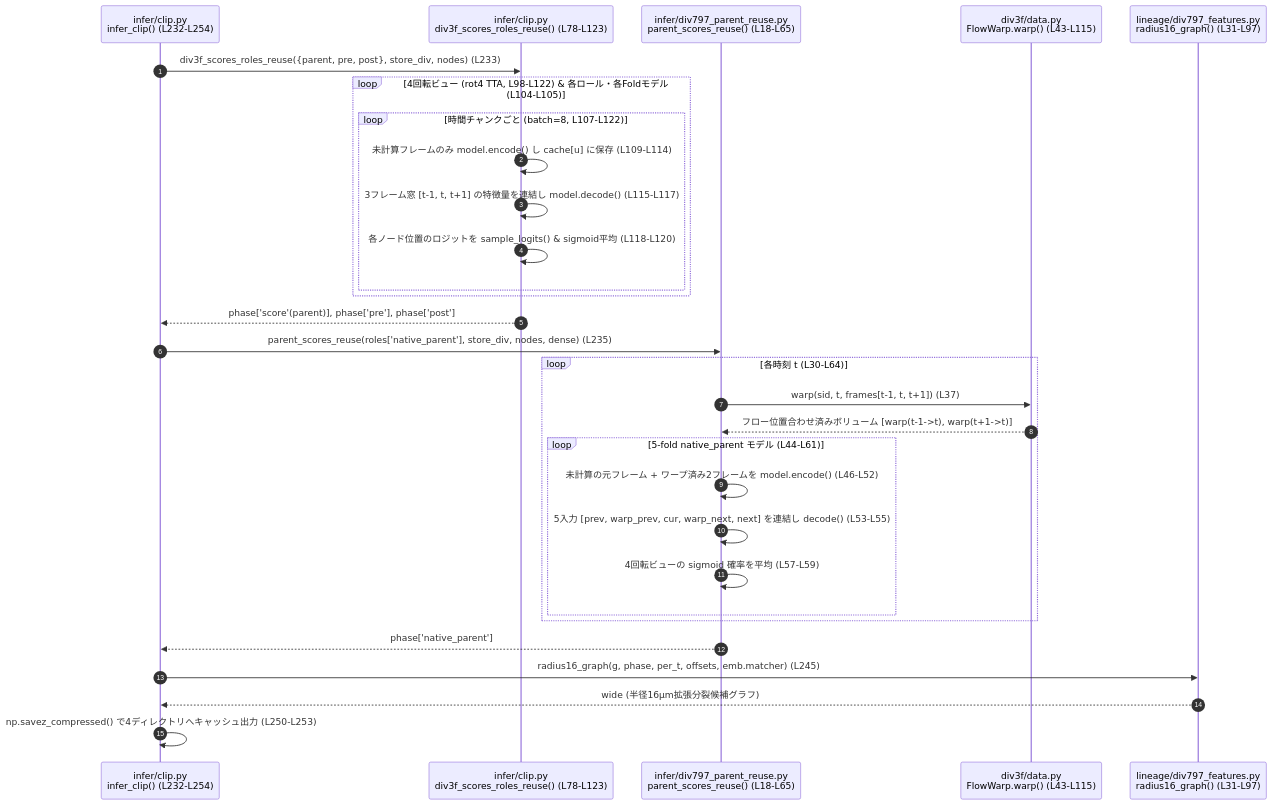
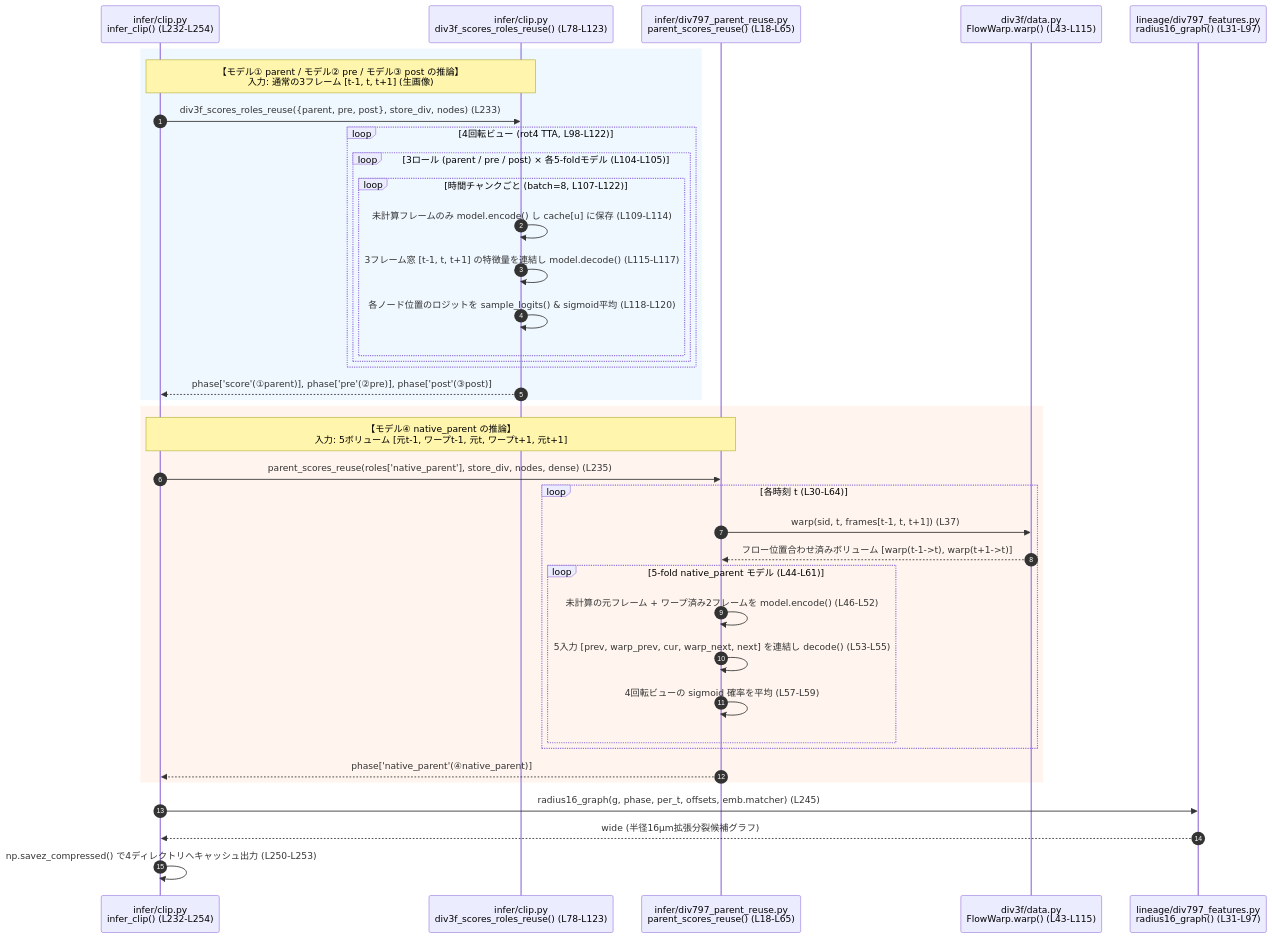
Before and after one commit to kito2718/kgle_001_BCT_Episode: the seventh of 10 diagrams in episode/Summary&Conclusion/3rd-place-summary.md, drawn with Mermaid. The commit also changed other lines of this file, not shown here.

Commit message:
Stage3作成中

````diff
--- a/episode/Summary&Conclusion/3rd-place-summary.md
+++ b/episode/Summary&Conclusion/3rd-place-summary.md
@@ -485,35 +487,43 @@
 ```mermaid
 sequenceDiagram
     autonumber
     participant Clip as infer/clip.py<br/>infer_clip() (L232-L254)
     participant Div3f as infer/clip.py<br/>div3f_scores_roles_reuse() (L78-L123)
     participant NatPar as infer/div797_parent_reuse.py<br/>parent_scores_reuse() (L18-L65)
     participant Warp as div3f/data.py<br/>FlowWarp.warp() (L43-L115)
     participant R16 as lineage/div797_features.py<br/>radius16_graph() (L31-L97)
 
+    rect rgb(240, 248, 255)
+    Note over Clip,Div3f: 【モデル① parent / モデル② pre / モデル③ post の推論】<br/>入力: 通常の3フレーム [t-1, t, t+1] (生画像)
     Clip->>Div3f: div3f_scores_roles_reuse({parent, pre, post}, store_div, nodes) (L233)
-    loop 4回転ビュー (rot4 TTA, L98-L122) & 各ロール・各Foldモデル (L104-L105)
-        loop 時間チャンクごと (batch=8, L107-L122)
-            Div3f->>Div3f: 未計算フレームのみ model.encode() し cache[u] に保存 (L109-L114)
-            Div3f->>Div3f: 3フレーム窓 [t-1, t, t+1] の特徴量を連結し model.decode() (L115-L117)
-            Div3f->>Div3f: 各ノード位置のロジットを sample_logits() & sigmoid平均 (L118-L120)
+    loop 4回転ビュー (rot4 TTA, L98-L122)
+        loop 3ロール (parent / pre / post) × 各5-foldモデル (L104-L105)
+            loop 時間チャンクごと (batch=8, L107-L122)
+                Div3f->>Div3f: 未計算フレームのみ model.encode() し cache[u] に保存 (L109-L114)
+                Div3f->>Div3f: 3フレーム窓 [t-1, t, t+1] の特徴量を連結し model.decode() (L115-L117)
+                Div3f->>Div3f: 各ノード位置のロジットを sample_logits() & sigmoid平均 (L118-L120)
+            end
         end
     end
-    Div3f-->>Clip: phase['score'(parent)], phase['pre'], phase['post']
+    Div3f-->>Clip: phase['score'(①parent)], phase['pre'(②pre)], phase['post'(③post)]
+    end
 
+    rect rgb(255, 245, 238)
+    Note over Clip,NatPar: 【モデル④ native_parent の推論】<br/>入力: 5ボリューム [元t-1, ワープt-1, 元t, ワープt+1, 元t+1]
     Clip->>NatPar: parent_scores_reuse(roles['native_parent'], store_div, nodes, dense) (L235)
     loop 各時刻 t (L30-L64)
         NatPar->>Warp: warp(sid, t, frames[t-1, t, t+1]) (L37)
         Warp-->>NatPar: フロー位置合わせ済みボリューム [warp(t-1->t), warp(t+1->t)]
         loop 5-fold native_parent モデル (L44-L61)
             NatPar->>NatPar: 未計算の元フレーム + ワープ済み2フレームを model.encode() (L46-L52)
             NatPar->>NatPar: 5入力 [prev, warp_prev, cur, warp_next, next] を連結し decode() (L53-L55)
             NatPar->>NatPar: 4回転ビューの sigmoid 確率を平均 (L57-L59)
         end
     end
-    NatPar-->>Clip: phase['native_parent']
+    NatPar-->>Clip: phase['native_parent'(④native_parent)]
+    end
 
     Clip->>R16: radius16_graph(g, phase, per_t, offsets, emb.matcher) (L245)
     R16-->>Clip: wide (半径16µm拡張分裂候補グラフ)
     Clip->>Clip: np.savez_compressed() で4ディレクトリへキャッシュ出力 (L250-L253)
 ```
````
